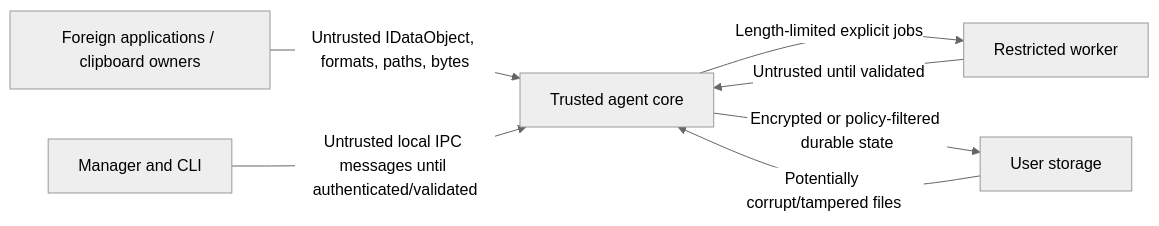
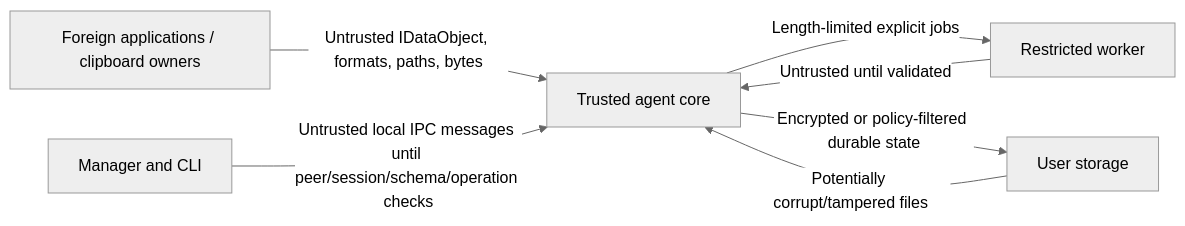
Before and after one commit to KanzuXHorizon/Pastral: the fourth of 4 diagrams in docs/architecture/data-flow.md, drawn with Mermaid (neutral theme). The commit also changed other lines of this file and 50 other files, not shown here.

Commit message:
docs: harden Pastral architecture assumptions

````diff
--- a/docs/architecture/data-flow.md
+++ b/docs/architecture/data-flow.md
@@ -99,15 +110,15 @@
 ```mermaid
 flowchart LR
     Foreign[Foreign applications / clipboard owners]
     Agent[Trusted agent core]
     Worker[Restricted worker]
     UI[Manager and CLI]
     Disk[User storage]
 
     Foreign -->|Untrusted IDataObject, formats, paths, bytes| Agent
     Agent -->|Length-limited explicit jobs| Worker
     Worker -->|Untrusted until validated| Agent
-    UI -->|Untrusted local IPC messages until authenticated/validated| Agent
+    UI -->|Untrusted local IPC messages until peer/session/schema/operation checks| Agent
     Agent -->|Encrypted or policy-filtered durable state| Disk
     Disk -->|Potentially corrupt/tampered files| Agent
 ```
````
